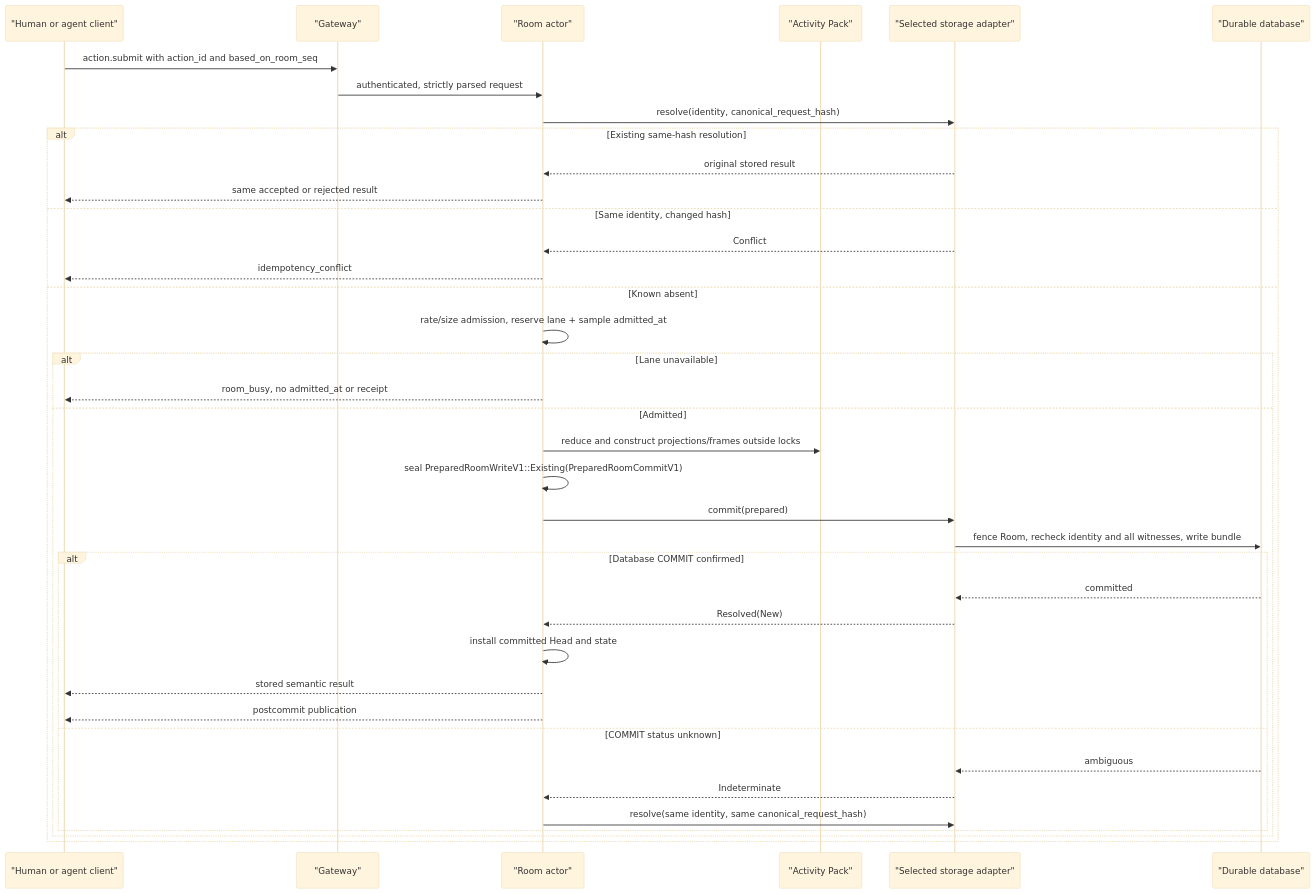
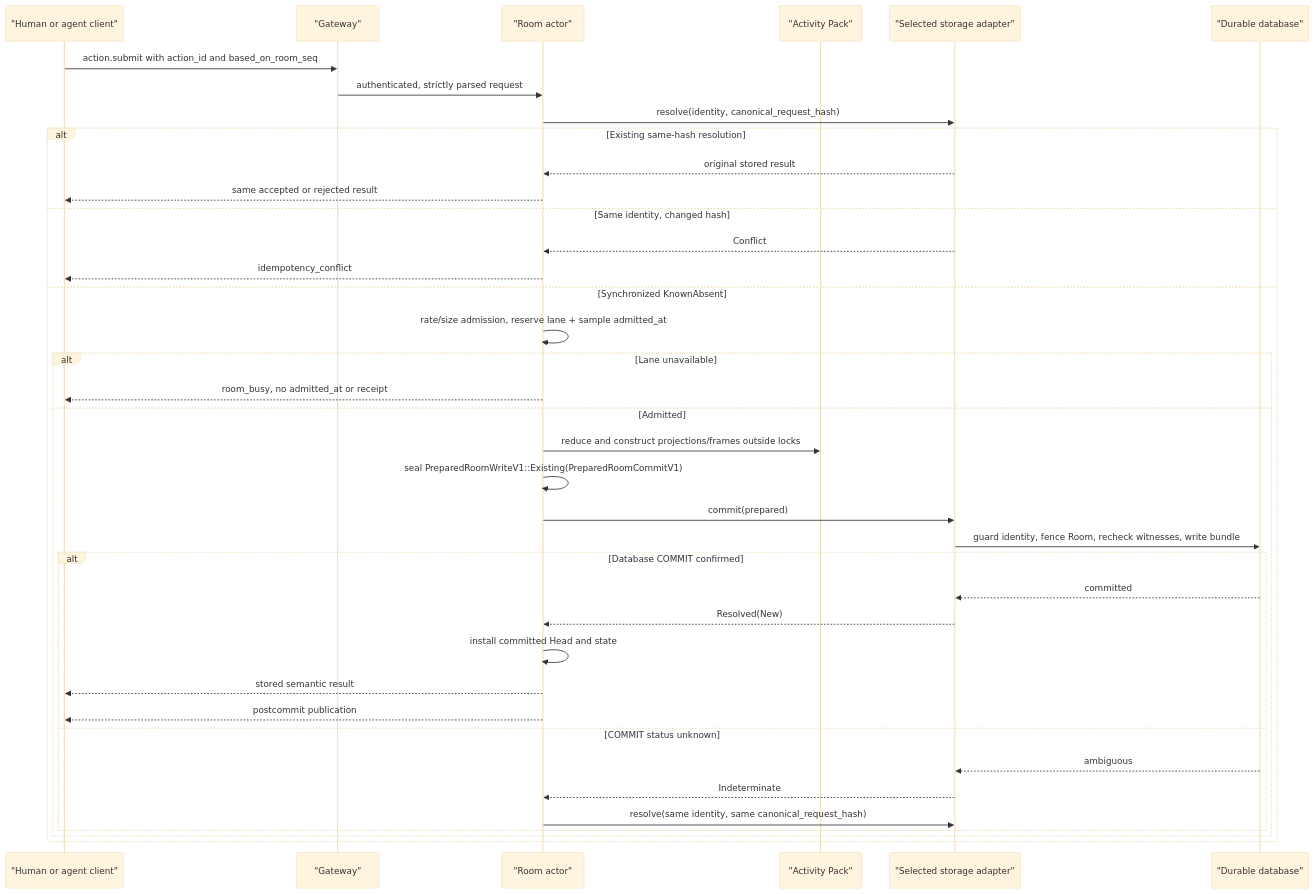
One commit to imom39a/worldstream changed the second of 3 diagrams in docs/architecture.md. Above: the diagram before and after it, drawn with Mermaid (base theme). The commit also changed other lines of this file and 10 other files, not shown here.

```diff
--- a/docs/architecture.md
+++ b/docs/architecture.md
@@ -452,42 +452,42 @@
 ~~~mermaid
 sequenceDiagram
     participant C as "Human or agent client"
     participant G as "Gateway"
     participant R as "Room actor"
     participant P as "Activity Pack"
     participant S as "Selected storage adapter"
     participant D as "Durable database"
 
     C->>G: action.submit with action_id and based_on_room_seq
     G->>R: authenticated, strictly parsed request
     R->>S: resolve(identity, canonical_request_hash)
 
     alt Existing same-hash resolution
         S-->>R: original stored result
         R-->>C: same accepted or rejected result
     else Same identity, changed hash
         S-->>R: Conflict
         R-->>C: idempotency_conflict
-    else Known absent
+    else Synchronized KnownAbsent
         R->>R: rate/size admission, reserve lane + sample admitted_at
         alt Lane unavailable
             R-->>C: room_busy, no admitted_at or receipt
         else Admitted
             R->>P: reduce and construct projections/frames outside locks
             R->>R: seal PreparedRoomWriteV1::Existing(PreparedRoomCommitV1)
             R->>S: commit(prepared)
-            S->>D: fence Room, recheck identity and all witnesses, write bundle
+            S->>D: guard identity, fence Room, recheck witnesses, write bundle
             alt Database COMMIT confirmed
                 D-->>S: committed
                 S-->>R: Resolved(New)
                 R->>R: install committed Head and state
                 R-->>C: stored semantic result
                 R-->>C: postcommit publication
             else COMMIT status unknown
                 D-->>S: ambiguous
                 S-->>R: Indeterminate
                 R->>S: resolve(same identity, same canonical_request_hash)
             end
         end
     end
 ~~~
```
